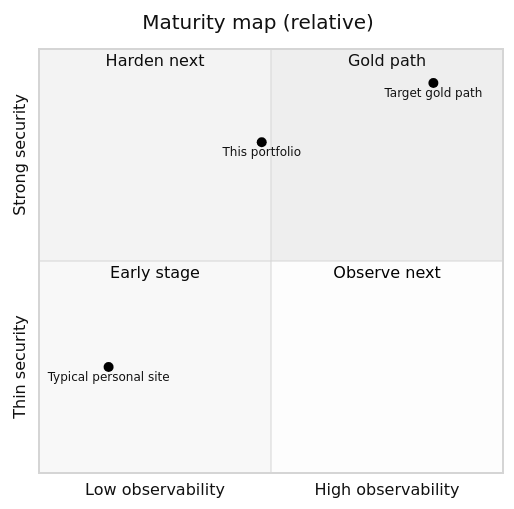
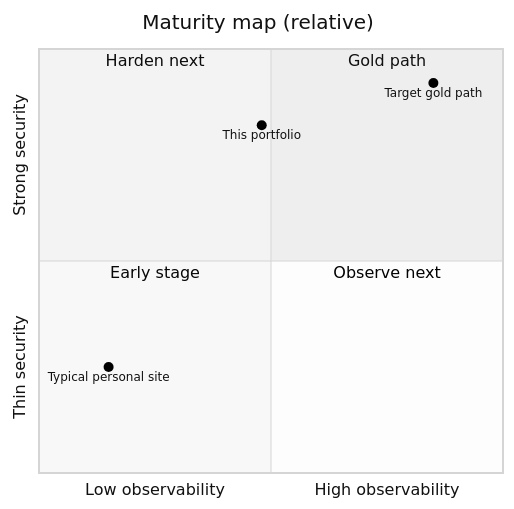
Before and after one commit to mosufyan/sufyan-portfolio: the first of 5 diagrams in docs/PORTFOLIO_ASSESSMENT.md, drawn with Mermaid. The commit also changed other lines of this file and 8 other files, not shown here.

````diff
--- a/docs/PORTFOLIO_ASSESSMENT.md
+++ b/docs/PORTFOLIO_ASSESSMENT.md
@@ -21,14 +21,14 @@
 ```mermaid
 %%{init: {'theme': 'neutral'}}%%
 quadrantChart
     title Maturity map (relative)
     x-axis Low observability --> High observability
     y-axis Thin security --> Strong security
     quadrant-1 Gold path
     quadrant-2 Harden next
     quadrant-3 Early stage
     quadrant-4 Observe next
-    This portfolio: [0.48, 0.78]
+    This portfolio: [0.48, 0.82]
     Typical personal site: [0.15, 0.25]
     Target gold path: [0.85, 0.92]
 ```
````
